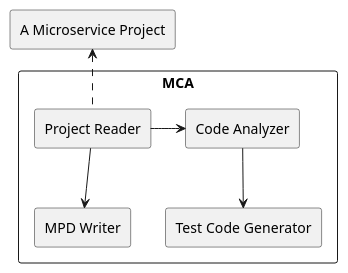
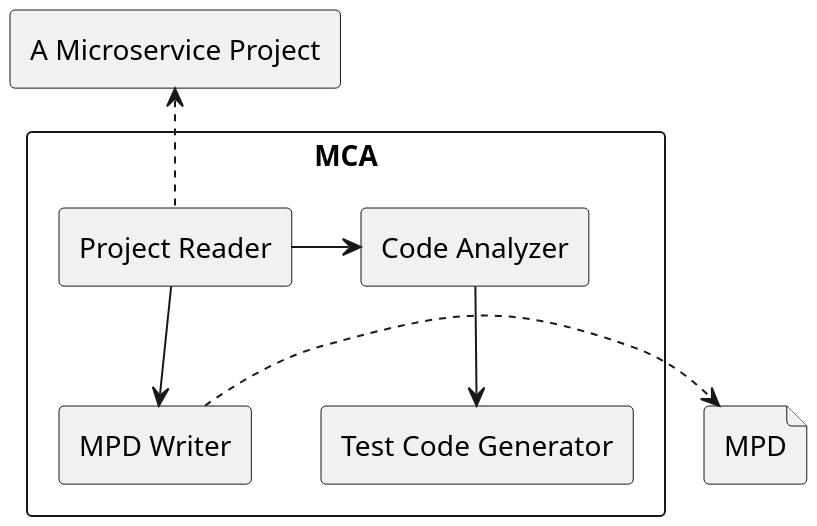
The diagram in diagram/mca/mca.puml (b4456609/mgp-back), drawn with PlantUML before and after one commit. The commit also changed 3 other files, not shown here.

Commit message:
update diagram

```diff
--- a/diagram/mca/mca.puml
+++ b/diagram/mca/mca.puml
@@ -1,17 +1,19 @@
 @startuml
+scale 2
 rectangle "A Microservice Project" as mp
-
+file MPD
 rectangle "MCA" {
 	rectangle "Project Reader" as a
 	rectangle "Code Analyzer"as b
 	rectangle "MPD Writer" as c
 	rectangle "Test Code Generator" as d
 
 	a -right-> b
 	a -down-> c
 	b -down-> d
 }
 
 a .up.> mp
+c .> MPD
 
 @enduml
```
